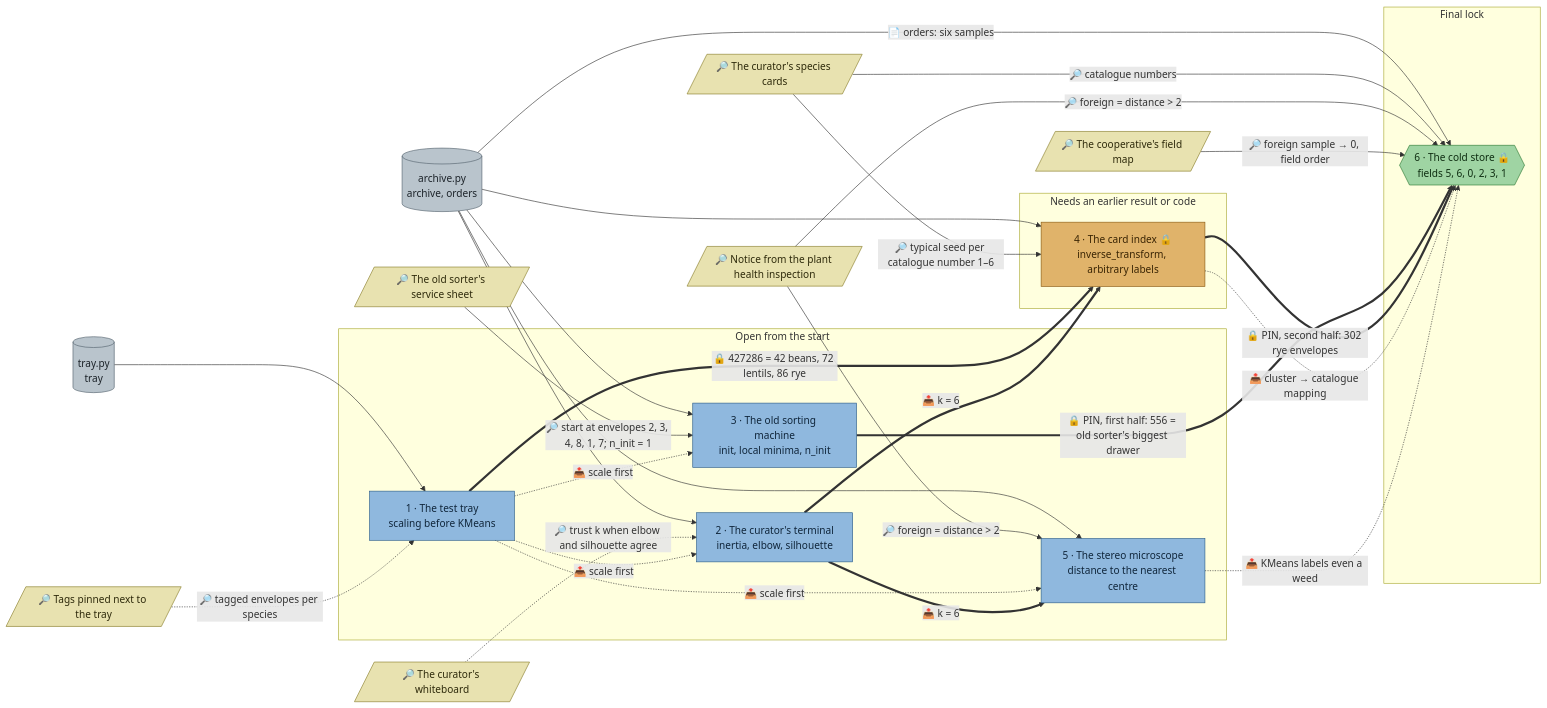
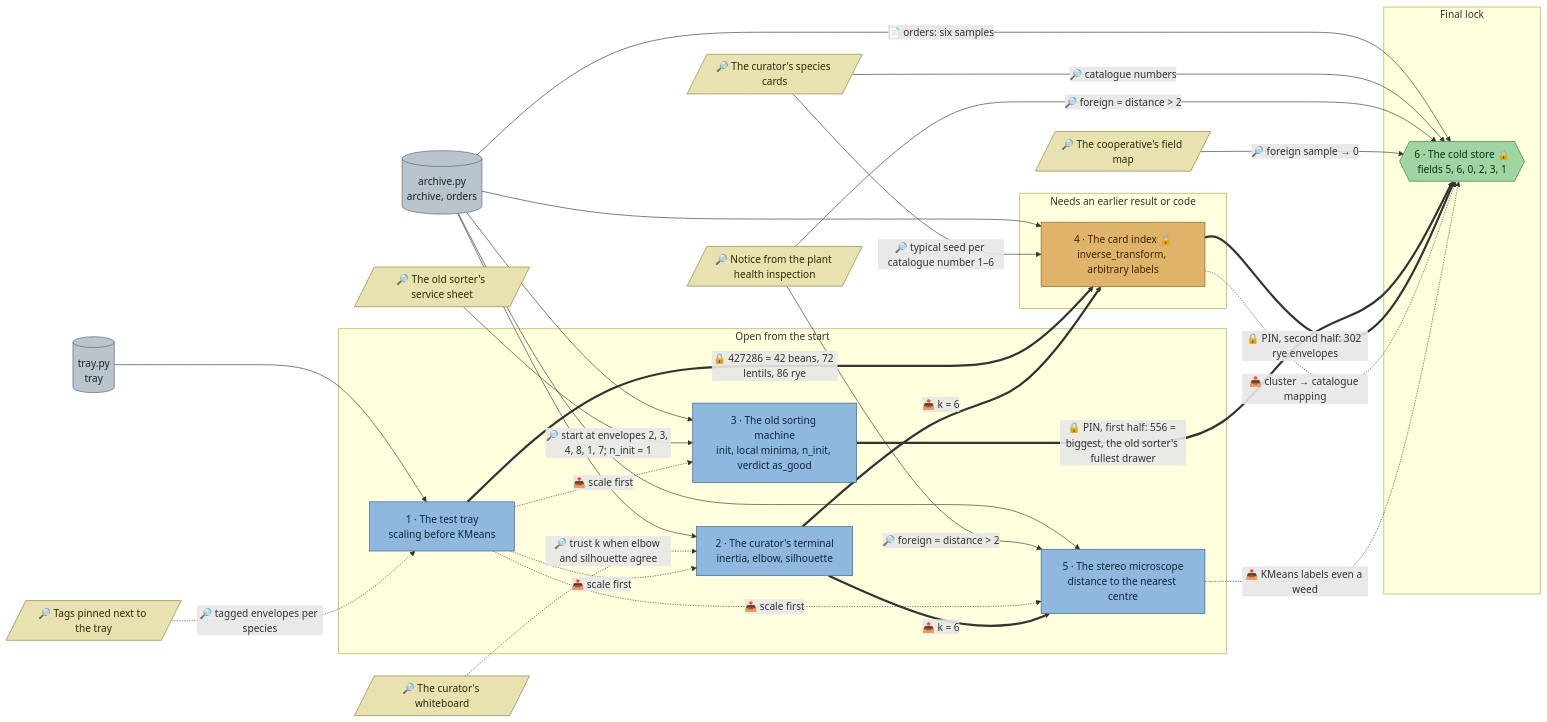
The diagram in docs/flows/ml-seeds.md (mhoffmann-wbs/DataScienceEscapeRooms), drawn with Mermaid before and after one commit. The commit also changed other lines of this file and 21 other files, not shown here.

````diff
--- a/docs/flows/ml-seeds.md
+++ b/docs/flows/ml-seeds.md
@@ -5,65 +5,65 @@
 ```mermaid
 flowchart LR
   traytags[/"🔎 Tags pinned next to the tray"/]
   curatornote[/"🔎 The curator's whiteboard"/]
   servicesheet[/"🔎 The old sorter's service sheet"/]
   speciescards[/"🔎 The curator's species cards"/]
   inspectorrule[/"🔎 Notice from the plant health inspection"/]
   fieldmap[/"🔎 The cooperative's field map"/]
 
   d_tray[("tray.py<br/>tray")]
   d_archive[("archive.py<br/>archive, orders")]
 
   subgraph p1["Open from the start"]
     tray["1 · The test tray<br/>scaling before KMeans"]
     elbow["2 · The curator's terminal<br/>inertia, elbow, silhouette"]
-    sorter["3 · The old sorting machine<br/>init, local minima, n_init"]
+    sorter["3 · The old sorting machine<br/>init, local minima, n_init, verdict as_good"]
     foreign["5 · The stereo microscope<br/>distance to the nearest centre"]
   end
 
   subgraph p2["Needs an earlier result or code"]
     cards["4 · The card index 🔒<br/>inverse_transform, arbitrary labels"]
   end
 
   subgraph p3["Final lock"]
     sowing{{"6 · The cold store 🔒<br/>fields 5, 6, 0, 2, 3, 1"}}
   end
 
   d_tray --> tray
   d_archive --> elbow
   d_archive --> sorter
   d_archive --> cards
   d_archive --> foreign
   d_archive -->|"📄 orders: six samples"| sowing
 
   traytags -.->|"🔎 tagged envelopes per species"| tray
   curatornote -.->|"🔎 trust k when elbow and silhouette agree"| elbow
   servicesheet -->|"🔎 start at envelopes 2, 3, 4, 8, 1, 7; n_init = 1"| sorter
   speciescards -->|"🔎 typical seed per catalogue number 1–6"| cards
   speciescards -->|"🔎 catalogue numbers"| sowing
   inspectorrule -->|"🔎 foreign = distance > 2"| foreign
   inspectorrule -->|"🔎 foreign = distance > 2"| sowing
-  fieldmap -->|"🔎 foreign sample → 0, field order"| sowing
+  fieldmap -->|"🔎 foreign sample → 0"| sowing
 
   tray -.->|"📤 scale first"| elbow
   tray -.->|"📤 scale first"| sorter
   tray -.->|"📤 scale first"| foreign
   tray ==>|"🔒 427286 = 42 beans, 72 lentils, 86 rye"| cards
   elbow ==>|"📤 k = 6"| cards
   elbow ==>|"📤 k = 6"| foreign
-  sorter ==>|"🔒 PIN, first half: 556 = old sorter's biggest drawer"| sowing
+  sorter ==>|"🔒 PIN, first half: 556 = biggest, the old sorter's fullest drawer"| sowing
   cards ==>|"🔒 PIN, second half: 302 rye envelopes"| sowing
   cards -.->|"📤 cluster → catalogue mapping"| sowing
   foreign -.->|"📤 KMeans labels even a weed"| sowing
 
   classDef station fill:#8fb8de,stroke:#2b5d8a,color:#10263b
   classDef locked fill:#e0b36a,stroke:#8a5a12,color:#3a2504
   classDef clue fill:#e8e2b0,stroke:#8a7f2b,color:#2e2a0b
   classDef data fill:#b9c4cc,stroke:#55636e,color:#1c2329
   classDef final fill:#9fd4a3,stroke:#2f7a36,color:#0f2e12
   class tray,elbow,sorter,foreign station
   class cards locked
   class traytags,curatornote,servicesheet,speciescards,inspectorrule,fieldmap clue
   class d_tray,d_archive data
   class sowing final
 ```
````
